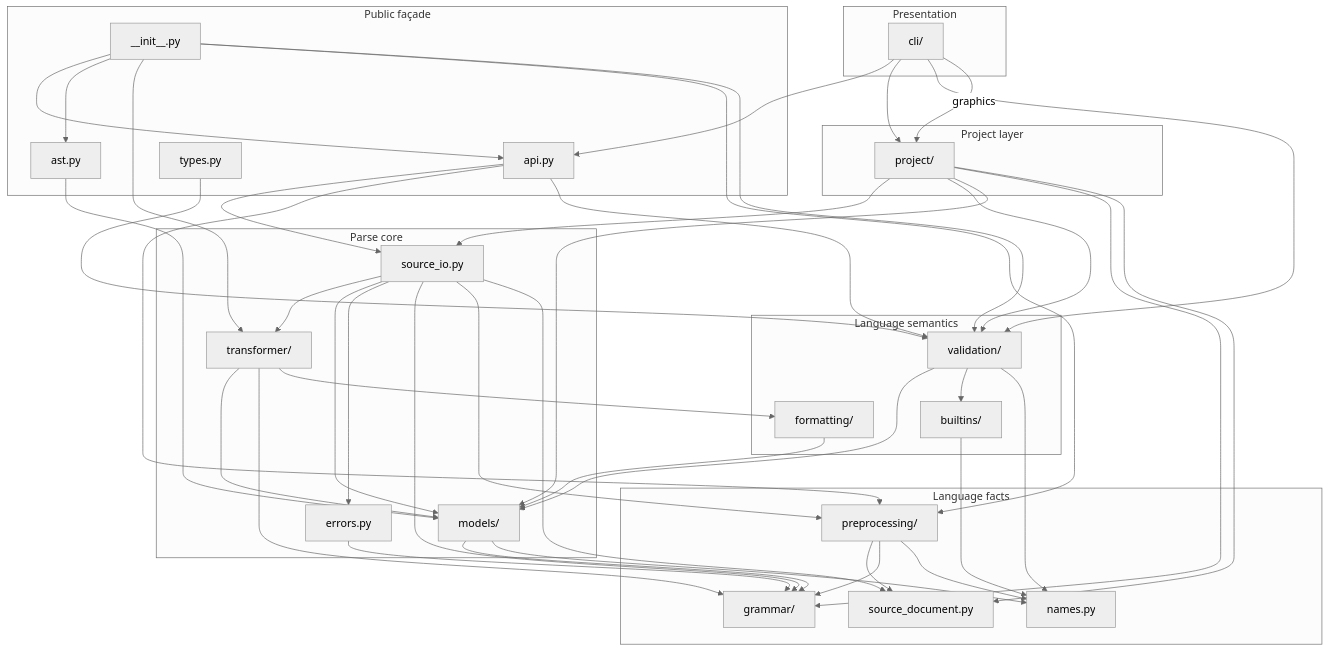
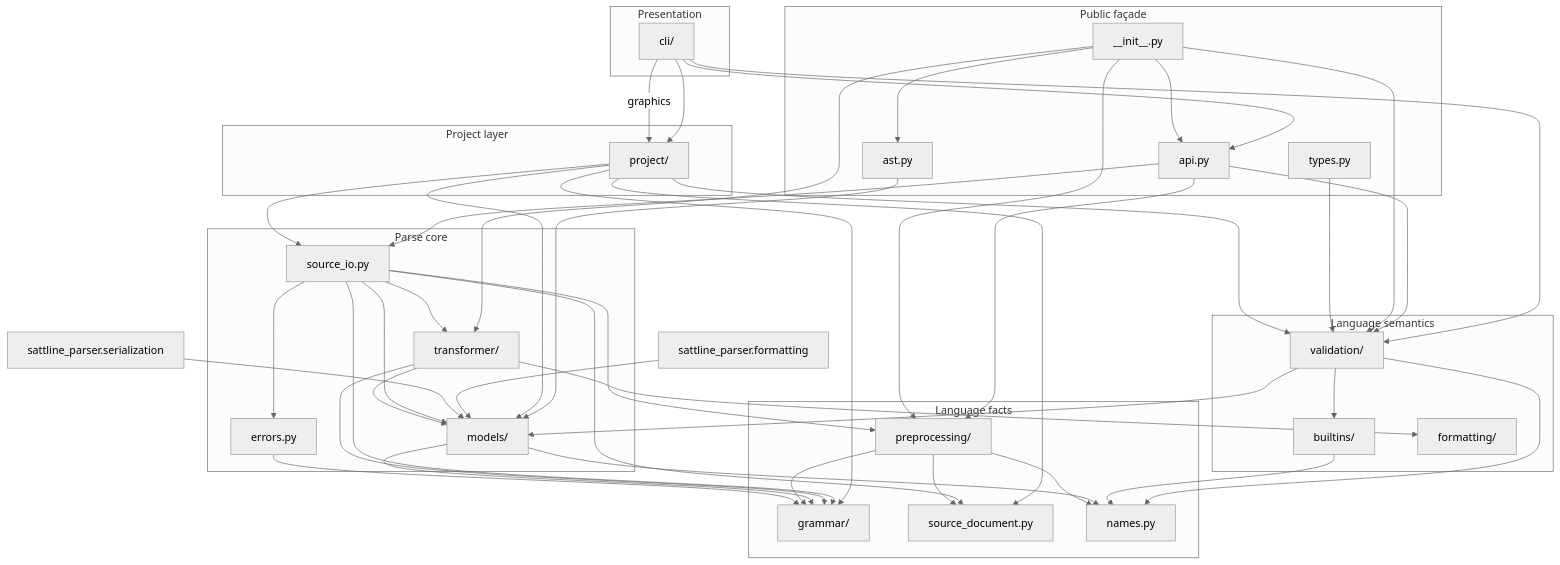
The first of 4 diagrams in docs/architecture.md (SorenHJohansen/sattline-parser), drawn with Mermaid (neutral theme) before and after one commit. The commit also changed other lines of this file and 40 other files, not shown here.

````diff
--- a/docs/architecture.md
+++ b/docs/architecture.md
@@ -9,81 +9,82 @@
 ```mermaid
 flowchart TB
     subgraph L6["Presentation"]
         CLI["cli/"]
     end
 
     subgraph L5["Public façade"]
         API["api.py"]
         ASTSURF["ast.py"]
         TYPEFACTS["types.py"]
         INIT["__init__.py"]
     end
 
     subgraph L4["Project layer"]
         PROJECT["project/"]
     end
 
     subgraph L3["Language semantics"]
         VALIDATION["validation/"]
         BUILTINS["builtins/"]
         FORMATTING["formatting/"]
     end
 
     subgraph L2["Parse core"]
         SOURCE_IO["source_io.py"]
         TRANSFORMER["transformer/"]
         MODELS["models/"]
         ERRORS["errors.py"]
     end
 
     subgraph L1["Language facts"]
         GRAMMAR["grammar/"]
         PREPROCESS["preprocessing/"]
         SOURCE_DOC["source_document.py"]
         NAMES["names.py"]
     end
 
     CLI --> API
     CLI --> PROJECT
     CLI --> VALIDATION
     CLI -->|graphics| PROJECT
     API --> SOURCE_IO
     API --> PREPROCESS
     API --> VALIDATION
     INIT --> API
     INIT --> ASTSURF
     INIT --> TRANSFORMER
     INIT --> PREPROCESS
     INIT --> VALIDATION
     ASTSURF --> MODELS
     TYPEFACTS --> VALIDATION
 
     PROJECT --> SOURCE_IO
     PROJECT --> VALIDATION
     PROJECT --> MODELS
     PROJECT --> GRAMMAR
     PROJECT --> SOURCE_DOC
 
     VALIDATION --> MODELS
     VALIDATION --> BUILTINS
     VALIDATION --> NAMES
     BUILTINS --> NAMES
-    FORMATTING --> MODELS
+    FORMAT["sattline_parser.formatting"] --> MODELS
+    SERIAL["sattline_parser.serialization"] --> MODELS
 
     SOURCE_IO --> TRANSFORMER
     SOURCE_IO --> MODELS
     SOURCE_IO --> ERRORS
     SOURCE_IO --> GRAMMAR
     SOURCE_IO --> PREPROCESS
     SOURCE_IO --> SOURCE_DOC
 
     TRANSFORMER --> MODELS
     TRANSFORMER --> GRAMMAR
     TRANSFORMER --> FORMATTING
     MODELS --> GRAMMAR
     MODELS --> NAMES
     PREPROCESS --> SOURCE_DOC
     PREPROCESS --> GRAMMAR
     PREPROCESS --> NAMES
     ERRORS --> GRAMMAR
 ```
````
